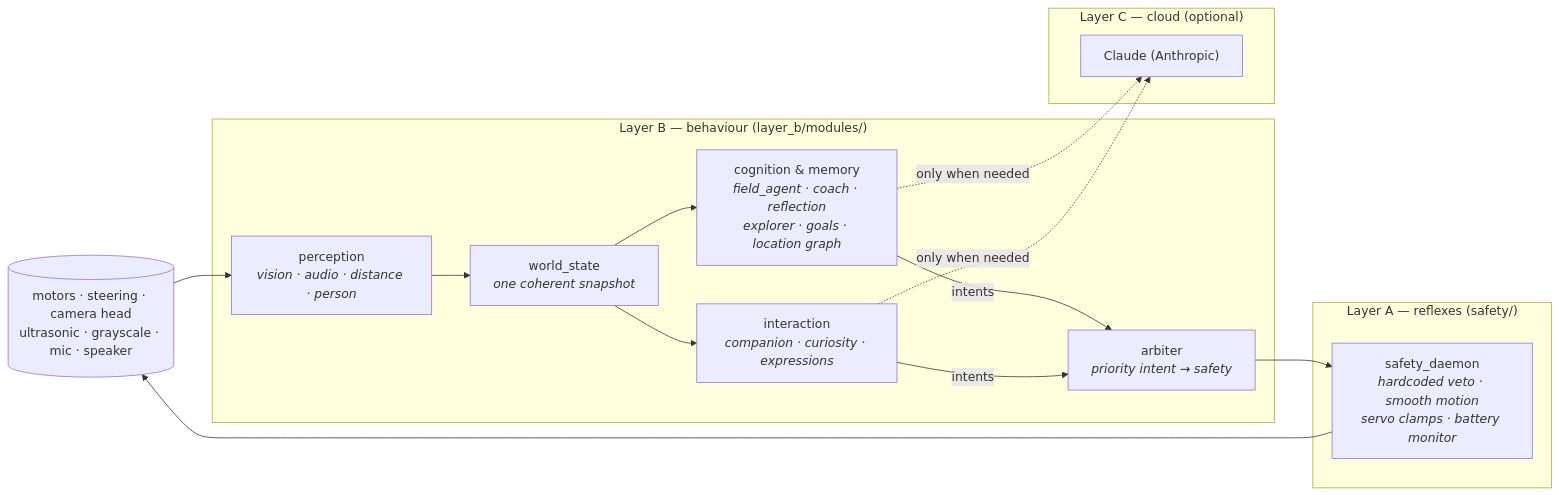
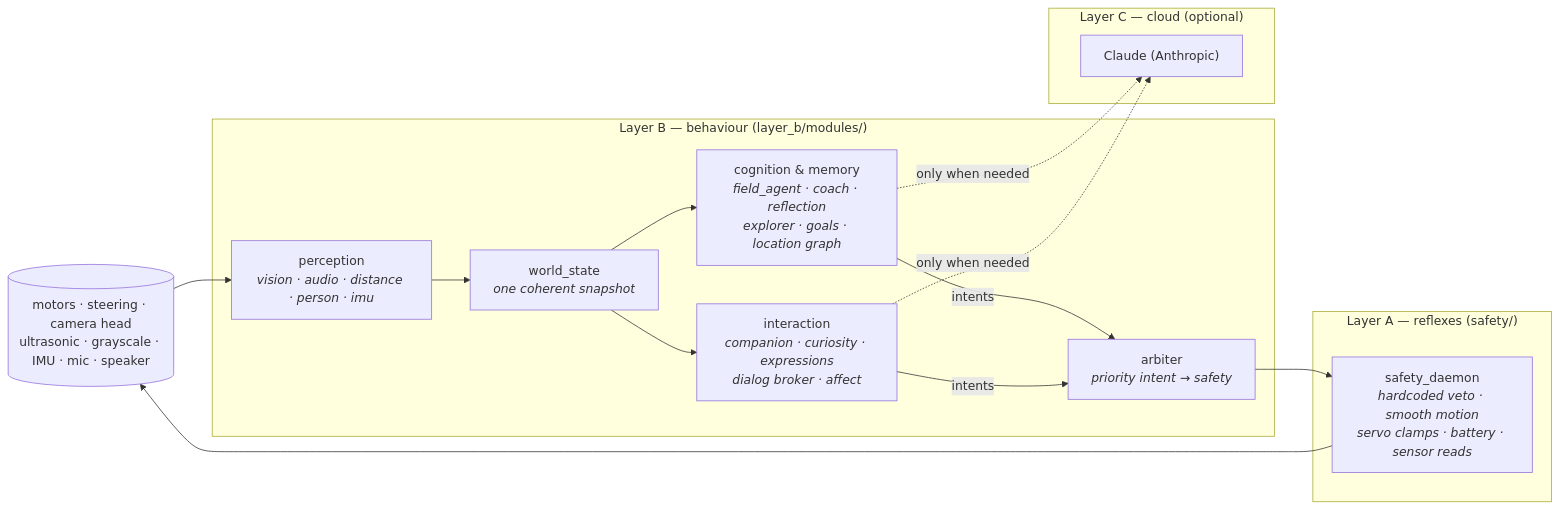
Before and after one commit to lucascosolo/picarx: the diagram in README.md, drawn with Mermaid. The commit also changed other lines of this file and 2 other files, not shown here.

First line of the commit message:
README: cover IMU/dialog/affect/observability; fix reverse-backstop look reset

````diff
--- a/README.md
+++ b/README.md
@@ -23,31 +23,31 @@
 ```mermaid
 flowchart LR
-  HW[("motors · steering · camera head<br/>ultrasonic · grayscale · mic · speaker")]
+  HW[("motors · steering · camera head<br/>ultrasonic · grayscale · IMU · mic · speaker")]
 
   subgraph A["Layer A — reflexes  (safety/)"]
-    SD["safety_daemon<br/><i>hardcoded veto · smooth motion<br/>servo clamps · battery monitor</i>"]
+    SD["safety_daemon<br/><i>hardcoded veto · smooth motion<br/>servo clamps · battery · sensor reads</i>"]
   end
 
   subgraph B["Layer B — behaviour  (layer_b/modules/)"]
-    PER["perception<br/><i>vision · audio · distance · person</i>"]
+    PER["perception<br/><i>vision · audio · distance · person · imu</i>"]
     WS["world_state<br/><i>one coherent snapshot</i>"]
     COG["cognition & memory<br/><i>field_agent · coach · reflection<br/>explorer · goals · location graph</i>"]
-    INT["interaction<br/><i>companion · curiosity · expressions</i>"]
+    INT["interaction<br/><i>companion · curiosity · expressions<br/>dialog broker · affect</i>"]
     ARB["arbiter<br/><i>priority intent → safety</i>"]
   end
 
   subgraph C["Layer C — cloud  (optional)"]
     LLM["Claude (Anthropic)"]
   end
 
   HW --> PER
   PER --> WS
   WS --> COG
   WS --> INT
   COG -->|intents| ARB
   INT -->|intents| ARB
   ARB --> SD
   SD --> HW
   COG -.->|only when needed| LLM
   INT -.->|only when needed| LLM
 ```
````
